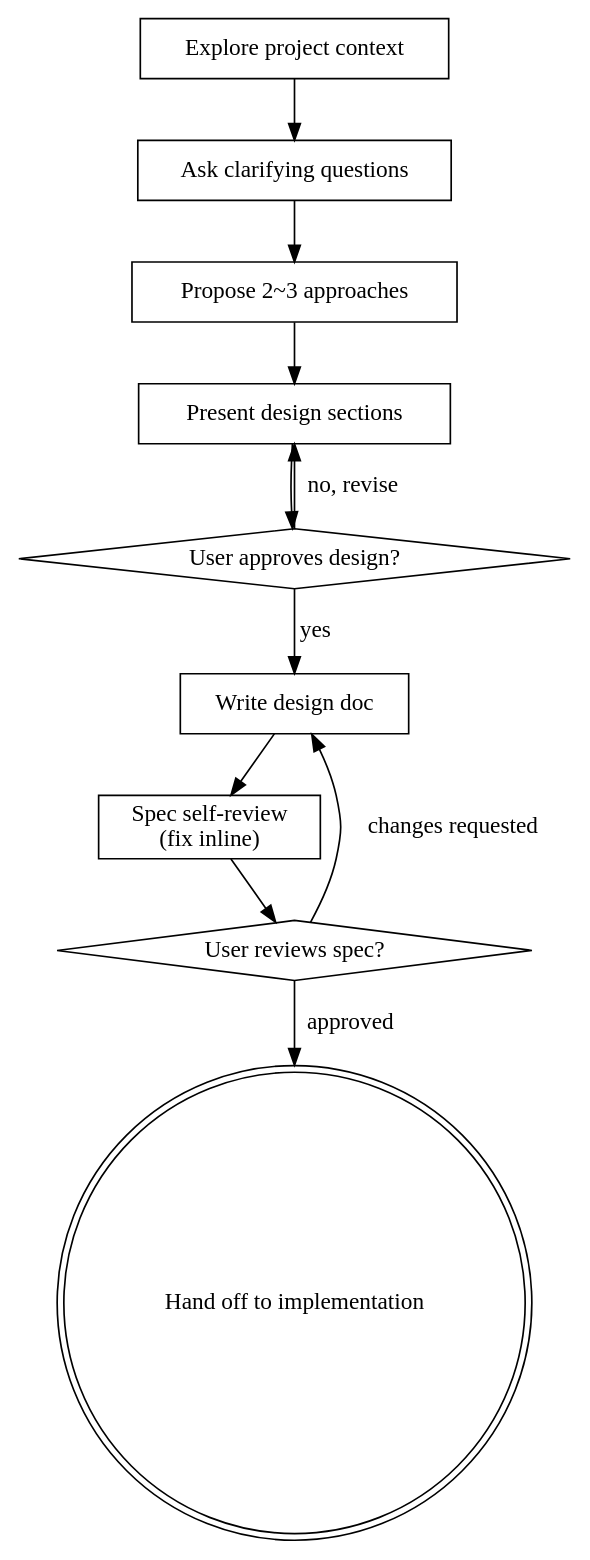
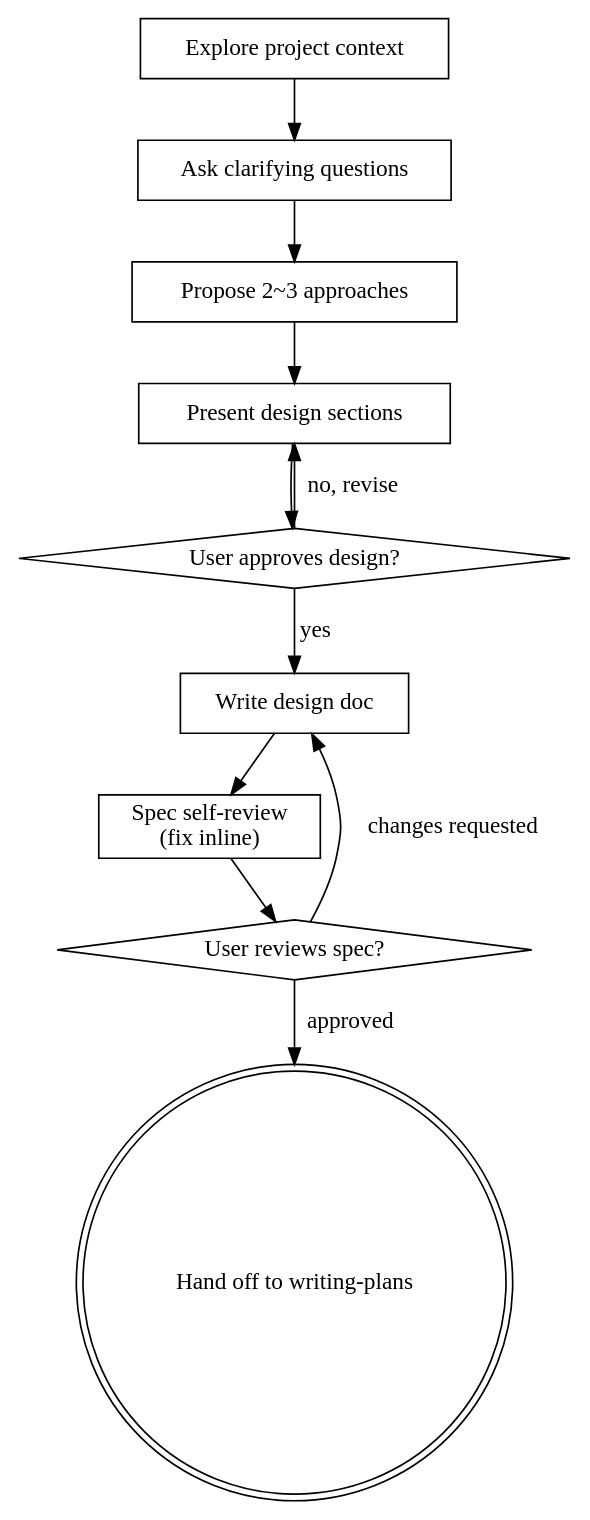
One commit to coldmon91/custom4agent changed the diagram in agent_settings/skills/brainstorming/SKILL.md. Above: the diagram before and after it, drawn with Graphviz. The commit also changed other lines of this file and 4 other files, not shown here.

````diff
--- a/agent_settings/skills/brainstorming/SKILL.md
+++ b/agent_settings/skills/brainstorming/SKILL.md
@@ -40,24 +40,24 @@
 ```dot
 digraph brainstorming {
     "Explore project context" [shape=box];
     "Ask clarifying questions" [shape=box];
     "Propose 2~3 approaches" [shape=box];
     "Present design sections" [shape=box];
     "User approves design?" [shape=diamond];
     "Write design doc" [shape=box];
     "Spec self-review\n(fix inline)" [shape=box];
     "User reviews spec?" [shape=diamond];
-    "Hand off to implementation" [shape=doublecircle];
+    "Hand off to writing-plans" [shape=doublecircle];
 
     "Explore project context" -> "Ask clarifying questions";
     "Ask clarifying questions" -> "Propose 2~3 approaches";
     "Propose 2~3 approaches" -> "Present design sections";
     "Present design sections" -> "User approves design?";
     "User approves design?" -> "Present design sections" [label="no, revise"];
     "User approves design?" -> "Write design doc" [label="yes"];
     "Write design doc" -> "Spec self-review\n(fix inline)";
     "Spec self-review\n(fix inline)" -> "User reviews spec?";
     "User reviews spec?" -> "Write design doc" [label="changes requested"];
-    "User reviews spec?" -> "Hand off to implementation" [label="approved"];
+    "User reviews spec?" -> "Hand off to writing-plans" [label="approved"];
 }
 ```
````
